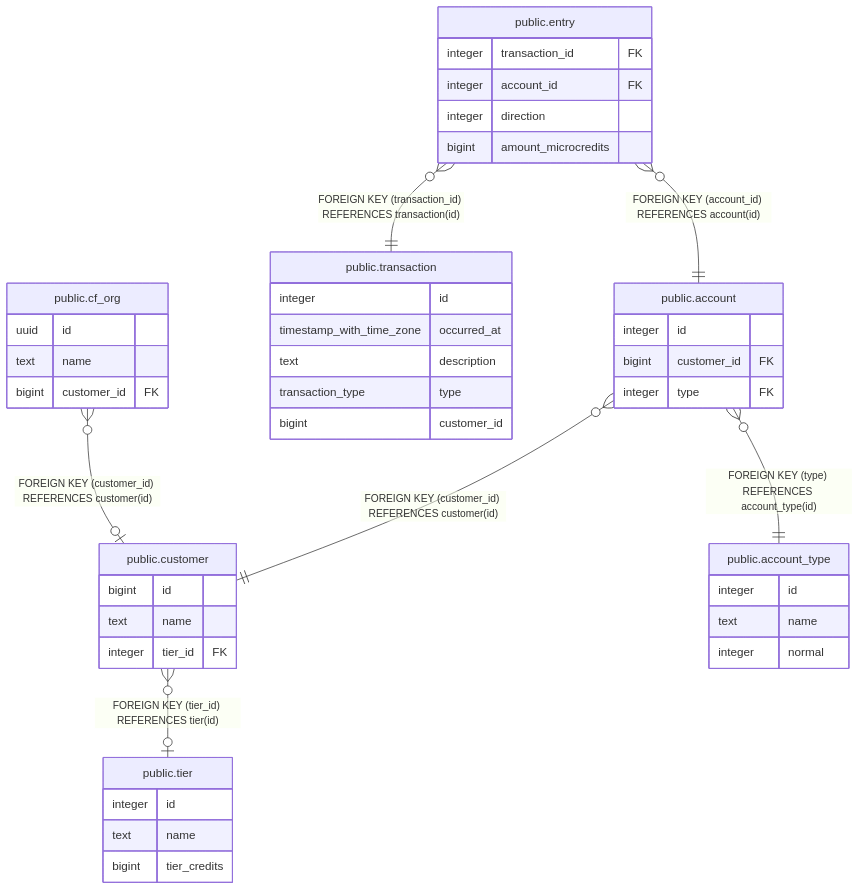
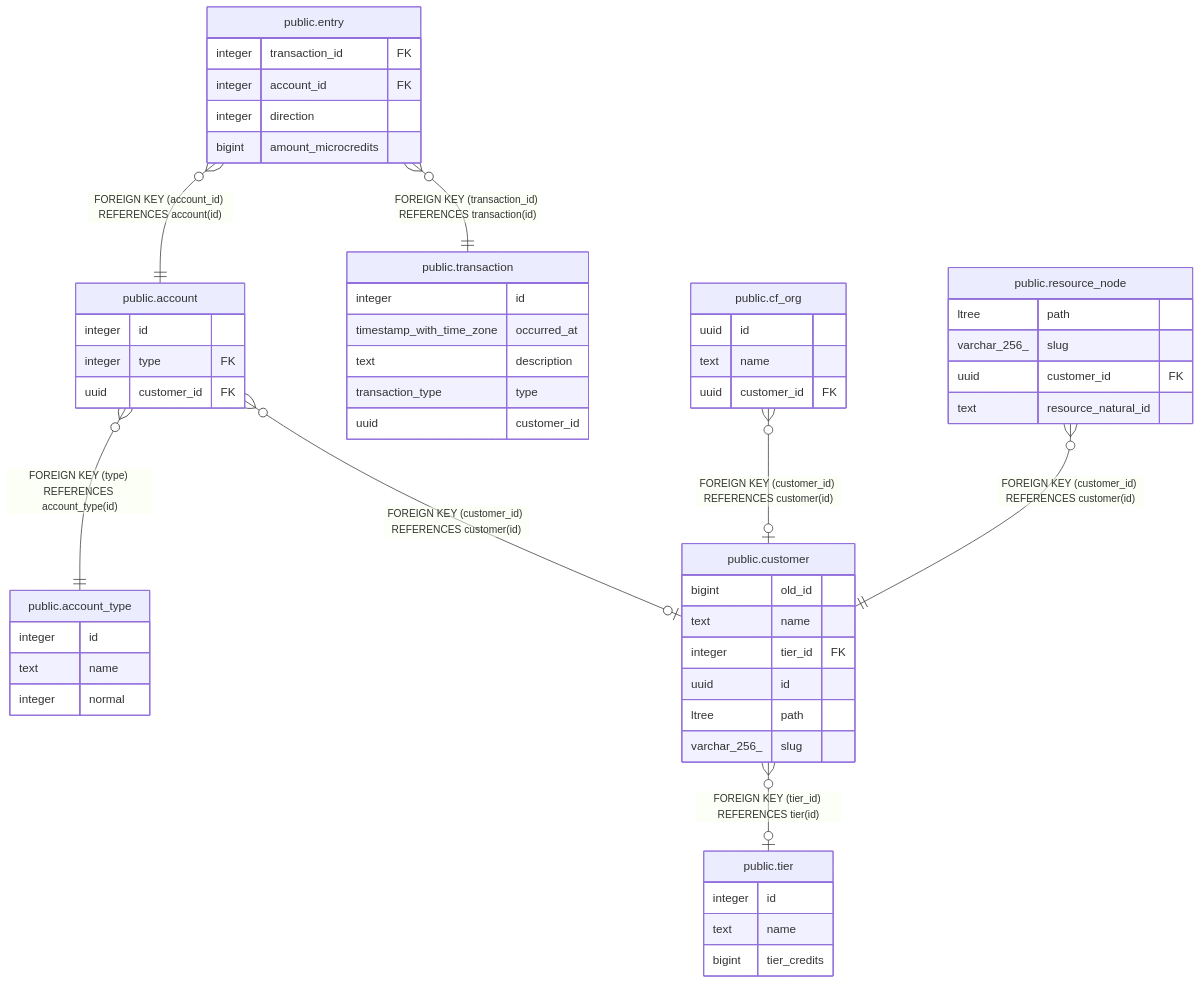
Before and after one commit to cloud-gov/billing: the diagram in docs/db-schema/public.account.md, drawn with Mermaid. The commit also changed other lines of this file and 15 other files, not shown here.

````diff
--- a/docs/db-schema/public.account.md
+++ b/docs/db-schema/public.account.md
@@ -31,49 +31,59 @@
 ```mermaid
 erDiagram
 
 "public.entry" }o--|| "public.account" : "FOREIGN KEY (account_id) REFERENCES account(id)"
 "public.entry" }o--|| "public.transaction" : "FOREIGN KEY (transaction_id) REFERENCES transaction(id)"
-"public.account" }o--|| "public.customer" : "FOREIGN KEY (customer_id) REFERENCES customer(id)"
+"public.account" }o--|| "public.account_type" : "FOREIGN KEY (type) REFERENCES account_type(id)"
+"public.account" }o--o| "public.customer" : "FOREIGN KEY (customer_id) REFERENCES customer(id)"
+"public.customer" }o--o| "public.tier" : "FOREIGN KEY (tier_id) REFERENCES tier(id)"
 "public.cf_org" }o--o| "public.customer" : "FOREIGN KEY (customer_id) REFERENCES customer(id)"
-"public.customer" }o--o| "public.tier" : "FOREIGN KEY (tier_id) REFERENCES tier(id)"
-"public.account" }o--|| "public.account_type" : "FOREIGN KEY (type) REFERENCES account_type(id)"
+"public.resource_node" }o--|| "public.customer" : "FOREIGN KEY (customer_id) REFERENCES customer(id)"
 
 "public.account" {
   integer id
-  bigint customer_id FK
   integer type FK
+  uuid customer_id FK
 }
 "public.entry" {
   integer transaction_id FK
   integer account_id FK
   integer direction
   bigint amount_microcredits
 }
 "public.transaction" {
   integer id
   timestamp_with_time_zone occurred_at
   text description
   transaction_type type
-  bigint customer_id
+  uuid customer_id
+}
+"public.account_type" {
+  integer id
+  text name
+  integer normal
 }
 "public.customer" {
-  bigint id
+  bigint old_id
   text name
   integer tier_id FK
-}
-"public.cf_org" {
   uuid id
-  text name
-  bigint customer_id FK
+  ltree path
+  varchar_256_ slug
 }
 "public.tier" {
   integer id
   text name
   bigint tier_credits
 }
-"public.account_type" {
-  integer id
+"public.cf_org" {
+  uuid id
   text name
-  integer normal
+  uuid customer_id FK
+}
+"public.resource_node" {
+  ltree path
+  varchar_256_ slug
+  uuid customer_id FK
+  text resource_natural_id
 }
 ```
````
